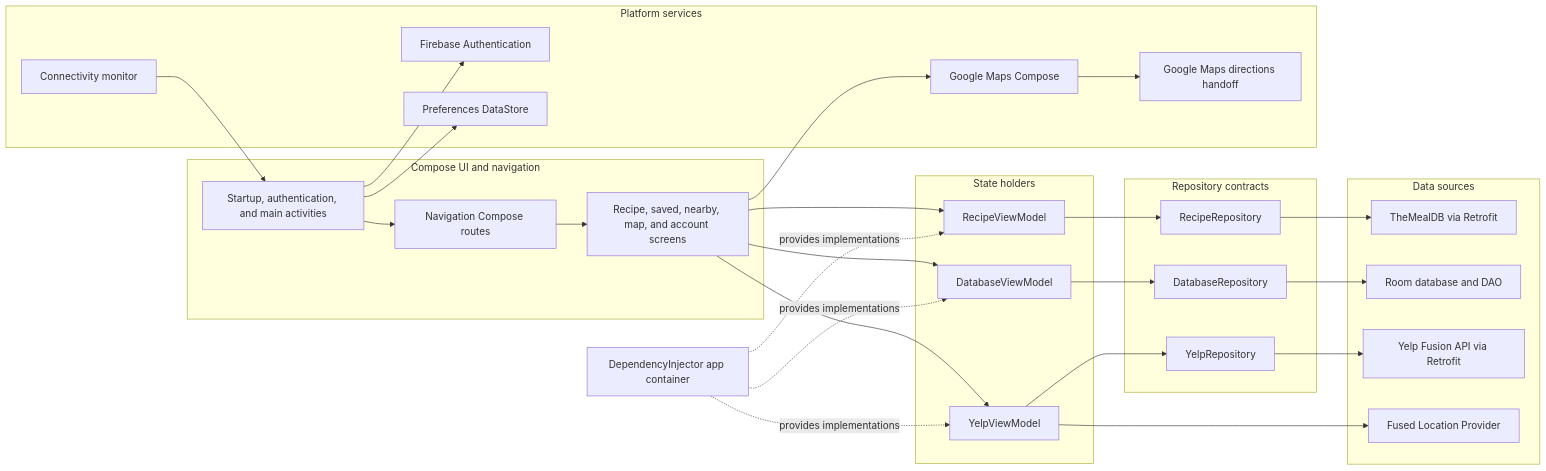
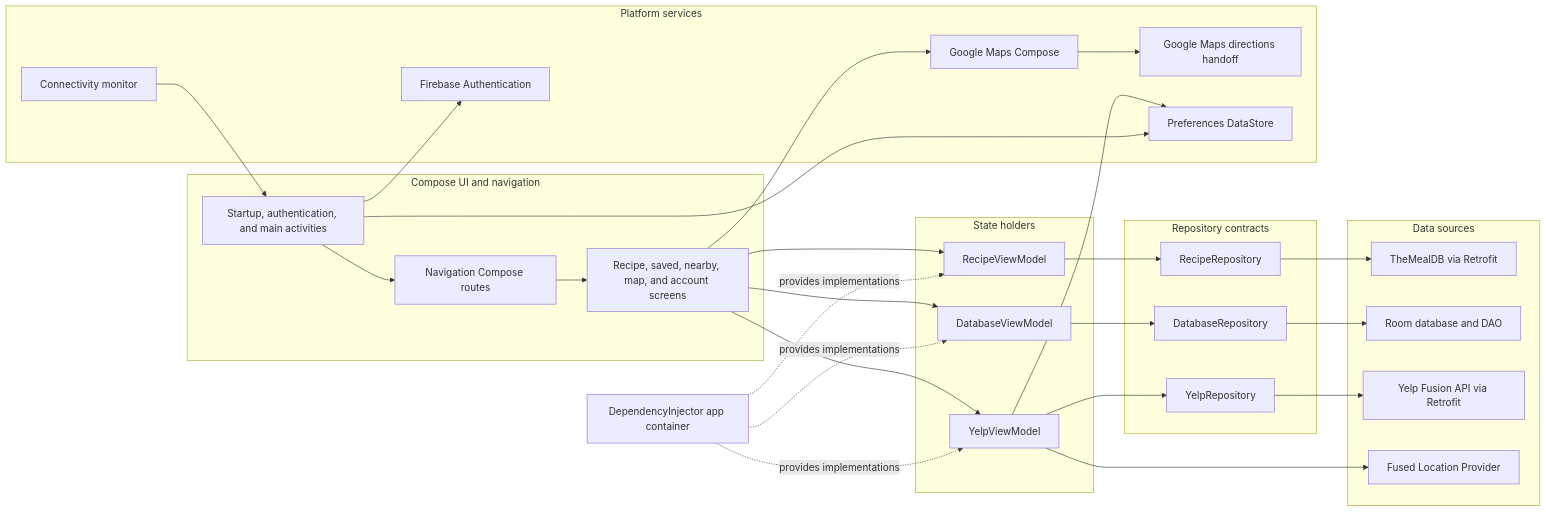
One commit to GetRighhttt/RecipeCompose changed the diagram in README.md. Above: the diagram before and after it, drawn with Mermaid. The commit also changed other lines of this file and 19 other files, not shown here.

````diff
--- a/README.md
+++ b/README.md
@@ -71,52 +71,53 @@
 ```mermaid
 flowchart LR
     subgraph UI[Compose UI and navigation]
         Activities[Startup, authentication, and main activities]
         Nav[Navigation Compose routes]
         Screens[Recipe, saved, nearby, map, and account screens]
         Activities --> Nav
         Nav --> Screens
     end
 
     subgraph State[State holders]
         RecipeVM[RecipeViewModel]
         DatabaseVM[DatabaseViewModel]
         YelpVM[YelpViewModel]
     end
 
     subgraph Contracts[Repository contracts]
         RecipeRepository[RecipeRepository]
         DatabaseRepository[DatabaseRepository]
         YelpRepository[YelpRepository]
     end
 
     subgraph Data[Data sources]
         MealDb[TheMealDB via Retrofit]
         Room[Room database and DAO]
         Yelp[Yelp Fusion API via Retrofit]
         Location[Fused Location Provider]
     end
 
     subgraph Platform[Platform services]
         Maps[Google Maps Compose]
         Directions[Google Maps directions handoff]
         Firebase[Firebase Authentication]
         Preferences[Preferences DataStore]
         Connectivity[Connectivity monitor]
     end
 
     Screens --> RecipeVM
     Screens --> DatabaseVM
     Screens --> YelpVM
     RecipeVM --> RecipeRepository --> MealDb
     DatabaseVM --> DatabaseRepository --> Room
     YelpVM --> YelpRepository --> Yelp
     YelpVM --> Location
+    YelpVM --> Preferences
     Screens --> Maps --> Directions
     Activities --> Firebase
     Activities --> Preferences
     Connectivity --> Activities
     AppContainer[DependencyInjector app container] -. provides implementations .-> RecipeVM
     AppContainer -. provides implementations .-> DatabaseVM
     AppContainer -. provides implementations .-> YelpVM
 ```
````
